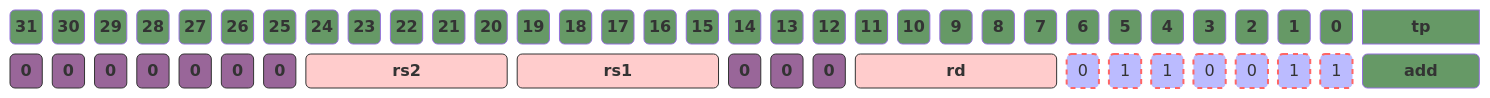
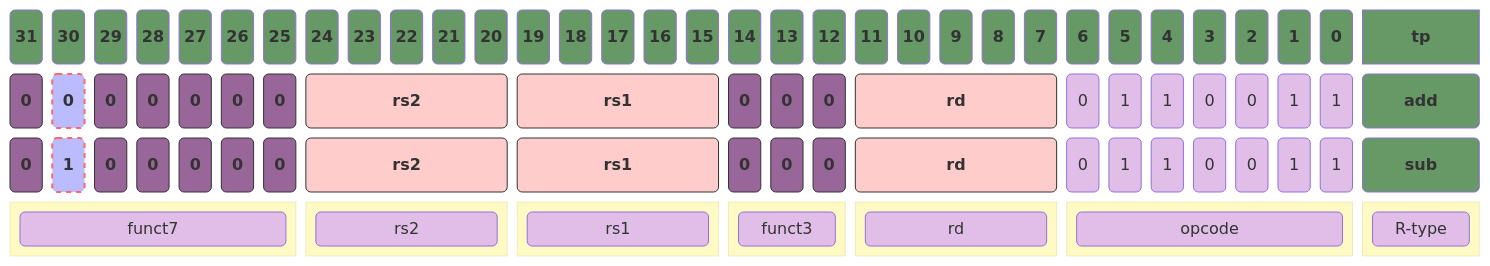
The fourth of 4 diagrams in README.md (0x822a5b87/tiny-RISC-V), drawn with Mermaid before and after one commit. The commit also changed other lines of this file, not shown here.

Commit message:
[main][update]update example of opcode add

````diff
--- a/README.md
+++ b/README.md
@@ -384,6 +389,56 @@
 
 add("add"):3
 
+d0("0"):1
+d1("1"):1
+d2("0"):1
+d3("0"):1
+d4("0"):1
+d5("0"):1
+d6("0"):1
+
+rs3("rs2"):5
+
+rs4("rs1"):5
+
+e0("0"):1
+e1("0"):1
+e2("0"):1
+
+rd1("rd"):5
+
+sub_0("0")
+sub_1("1")
+sub_2("1")
+sub_3("0")
+sub_4("0")
+sub_5("1")
+sub_6("1")
+
+sub("sub"):3
+
+block:g_1_1:7
+    l_1_1("funct7")
+end
+block:g_1_2:5
+    l_1_2("rs2")
+end
+block:g_1_3:5
+    l_1_3("rs1")
+end
+block:g_1_4:3
+    l_1_4("funct3")
+end
+block:g_1_5:5
+    l_1_5("rd")
+end
+block:g_1_6:7
+    l_1_6("opcode")
+end
+block:g_1_7:3
+    l_1_7("R-type")
+end
+
 
 classDef pink 1,fill:#FFCCCC,stroke:#333, color: #fff, font-weight:bold;
 classDef pale_pink fill:#E1BEE7,color:#000000;
@@ -394,15 +449,22 @@
 classDef animate stroke-dasharray: 9,5,stroke-dashoffset: 900,animation: dash 25s linear infinite;
 classDef yellow fill:#FFF9C4,color:#000000;
 
+class g_1_1,g_1_2,g_1_3,g_1_4,g_1_5,g_1_6,g_1_7 yellow
+class l_1_1,l_1_2,l_1_3,l_1_4,l_1_5,l_1_6,l_1_7 pale_pink
 
-class 31,30,29,28,27,26,25,24,23,22,21,20,19,18,17,16,15,14,13,12,11,10,9,8,7,6,5,4,3,2,1,0,type,add green
+class 31,30,29,28,27,26,25,24,23,22,21,20,19,18,17,16,15,14,13,12,11,10,9,8,7,6,5,4,3,2,1,0,type,add,sub green
 
 class g_1,g_2,g_3,g_4,g_5,g_6,g_7 yellow
 
 class b0,b1,b2,b3,b4,b5,b6,c0,c1,c2 purple
+class d0,d1,d2,d3,d4,d5,d6,e0,e1,e2 purple
 
-class rs2,rs1,rd class l_4_2 pink
+class b1,d1 error
 
-class opcode_0,opcode_1,opcode_2,opcode_3,opcode_4,opcode_5,opcode_6 error
+class rs2,rs1,rd,l_4_2 pink
+class rs3,rs4,rd1 pink
+
+class opcode_0,opcode_1,opcode_2,opcode_3,opcode_4,opcode_5,opcode_6 pale_pink
+class sub_0,sub_1,sub_2,sub_3,sub_4,sub_5,sub_6 pale_pink
 
 ```
````
